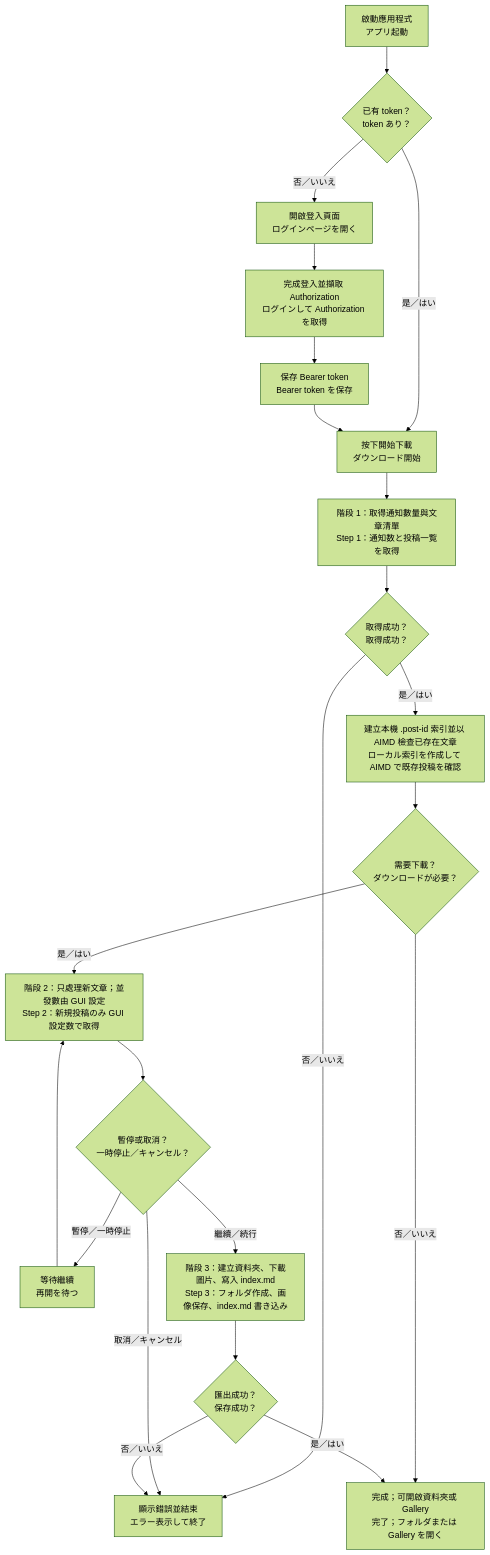
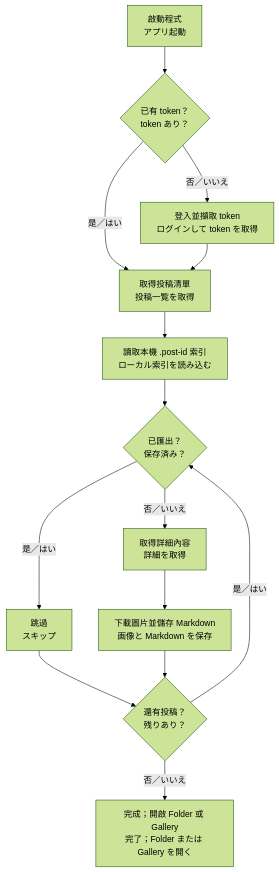
One commit to Senachi124/TakanekoFanClubDownloader changed the diagram in README.md. Above: the diagram before and after it, drawn with Mermaid (forest theme). The commit also changed other lines of this file, not shown here.

Commit message:
Refresh README with release downloads, quick start, and AIMD workflow

````diff
--- a/README.md
+++ b/README.md
@@ -67,24 +52,16 @@
 ```mermaid
 flowchart TD
-    A[啟動應用程式<br/>アプリ起動] --> B{已有 token？<br/>token あり？}
-    B -- 否／いいえ --> C[開啟登入頁面<br/>ログインページを開く]
-    C --> D[完成登入並擷取 Authorization<br/>ログインして Authorization を取得]
-    D --> E[保存 Bearer token<br/>Bearer token を保存]
-    B -- 是／はい --> F[按下開始下載<br/>ダウンロード開始]
-    E --> F
-    F --> G[階段 1：取得通知數量與文章清單<br/>Step 1：通知数と投稿一覧を取得]
-    G --> H{取得成功？<br/>取得成功？}
-    H -- 否／いいえ --> X[顯示錯誤並結束<br/>エラー表示して終了]
-    H -- 是／はい --> I[建立本機 .post-id 索引並以 AIMD 檢查已存在文章<br/>ローカル索引を作成して AIMD で既存投稿を確認]
-    I --> J{需要下載？<br/>ダウンロードが必要？}
-    J -- 否／いいえ --> O[完成；可開啟資料夾或 Gallery<br/>完了；フォルダまたは Gallery を開く]
-    J -- 是／はい --> K[階段 2：只處理新文章；並發數由 GUI 設定<br/>Step 2：新規投稿のみ GUI 設定数で取得]
-    K --> L{暫停或取消？<br/>一時停止／キャンセル？}
-    L -- 暫停／一時停止 --> M[等待繼續<br/>再開を待つ]
-    M --> K
-    L -- 取消／キャンセル --> X
-    L -- 繼續／続行 --> N[階段 3：建立資料夾、下載圖片、寫入 index.md<br/>Step 3：フォルダ作成、画像保存、index.md 書き込み]
-    N --> P{匯出成功？<br/>保存成功？}
-    P -- 否／いいえ --> X
-    P -- 是／はい --> O
+    A[啟動程式<br/>アプリ起動] --> B{已有 token？<br/>token あり？}
+    B -- 否／いいえ --> C[登入並擷取 token<br/>ログインして token を取得]
+    B -- 是／はい --> D[取得投稿清單<br/>投稿一覧を取得]
+    C --> D
+    D --> E[讀取本機 .post-id 索引<br/>ローカル索引を読み込む]
+    E --> F{已匯出？<br/>保存済み？}
+    F -- 是／はい --> G[跳過<br/>スキップ]
+    F -- 否／いいえ --> H[取得詳細內容<br/>詳細を取得]
+    H --> I[下載圖片並儲存 Markdown<br/>画像と Markdown を保存]
+    G --> J{還有投稿？<br/>残りあり？}
+    I --> J
+    J -- 是／はい --> F
+    J -- 否／いいえ --> K[完成；開啟 Folder 或 Gallery<br/>完了；Folder または Gallery を開く]
 ```
````
